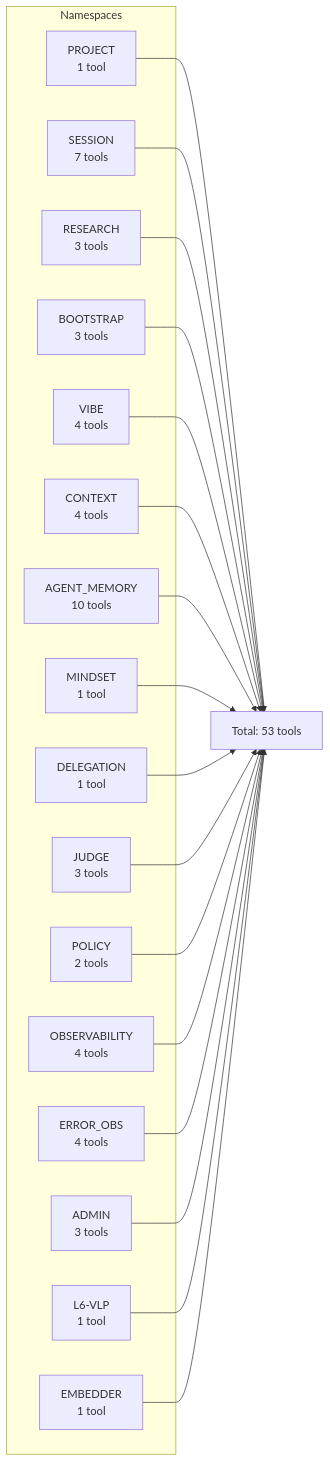
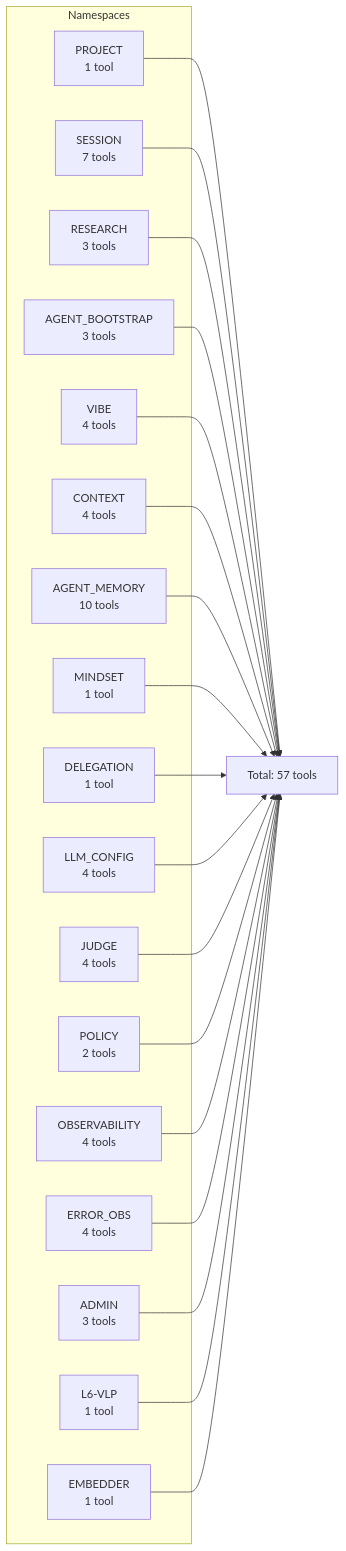
Before and after one commit to Opita-Code/dark-memory-mcp: the second of 3 diagrams in ARCHITECTURE.md, drawn with Mermaid. The commit also changed other lines of this file and 4 other files, not shown here.

First line of the commit message:
docs(sync): t5.A — surface docs reflect 57 canonical tools / 17 namespaces / schema v26

````diff
--- a/ARCHITECTURE.md
+++ b/ARCHITECTURE.md
@@ -104,38 +104,40 @@
 ```mermaid
 graph LR
     subgraph "Namespaces"
         N1[PROJECT<br/>1 tool]
         N2[SESSION<br/>7 tools]
         N3[RESEARCH<br/>3 tools]
-        N4[BOOTSTRAP<br/>3 tools]
+        N4[AGENT_BOOTSTRAP<br/>3 tools]
         N5[VIBE<br/>4 tools]
         N6[CONTEXT<br/>4 tools]
         N7[AGENT_MEMORY<br/>10 tools]
         N8[MINDSET<br/>1 tool]
         N9[DELEGATION<br/>1 tool]
-        N10[JUDGE<br/>3 tools]
-        N11[POLICY<br/>2 tools]
-        N12[OBSERVABILITY<br/>4 tools]
-        N13[ERROR_OBS<br/>4 tools]
-        N14[ADMIN<br/>3 tools]
-        N15[L6-VLP<br/>1 tool]
-        N16[EMBEDDER<br/>1 tool]
+        N10[LLM_CONFIG<br/>4 tools]
+        N11[JUDGE<br/>4 tools]
+        N12[POLICY<br/>2 tools]
+        N13[OBSERVABILITY<br/>4 tools]
+        N14[ERROR_OBS<br/>4 tools]
+        N15[ADMIN<br/>3 tools]
+        N16[L6-VLP<br/>1 tool]
+        N17[EMBEDDER<br/>1 tool]
     end
 
-    N1 --> T[Total: 53 tools]
+    N1 --> T[Total: 57 tools]
     N2 --> T
     N3 --> T
     N4 --> T
     N5 --> T
     N6 --> T
     N7 --> T
     N8 --> T
     N9 --> T
     N10 --> T
     N11 --> T
     N12 --> T
     N13 --> T
     N14 --> T
     N15 --> T
     N16 --> T
+    N17 --> T
 ```
````
